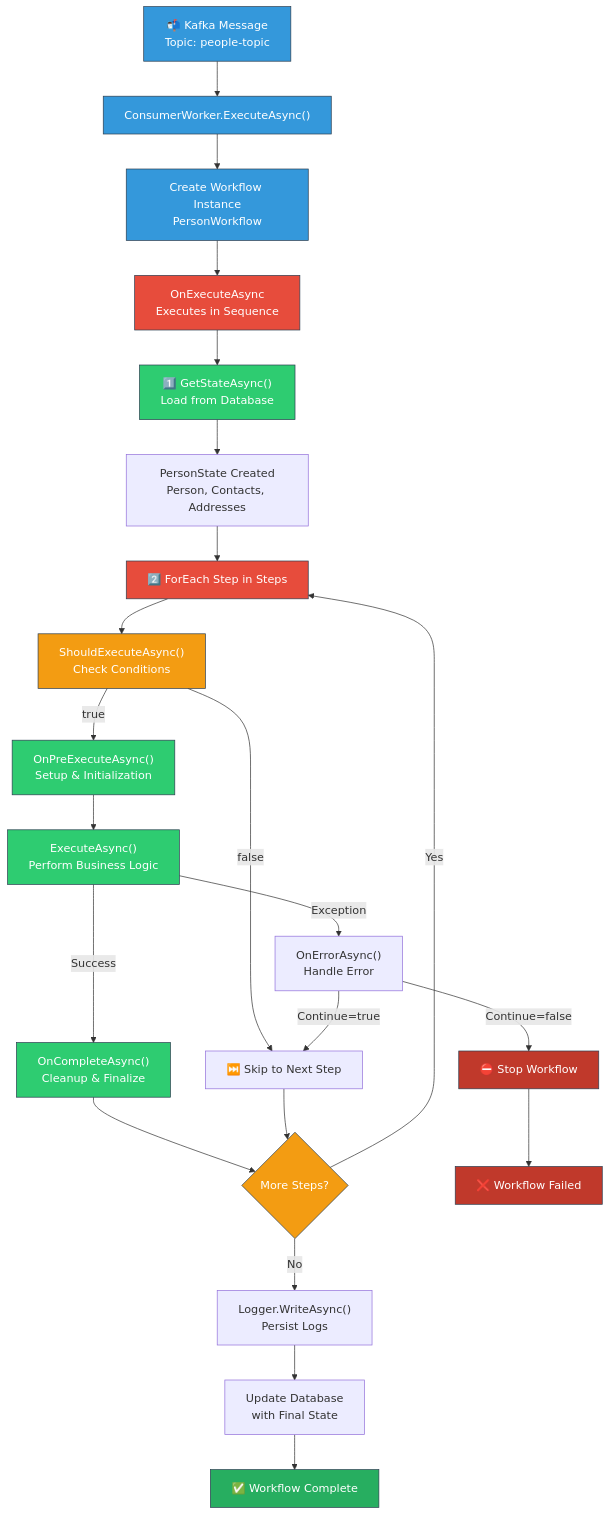
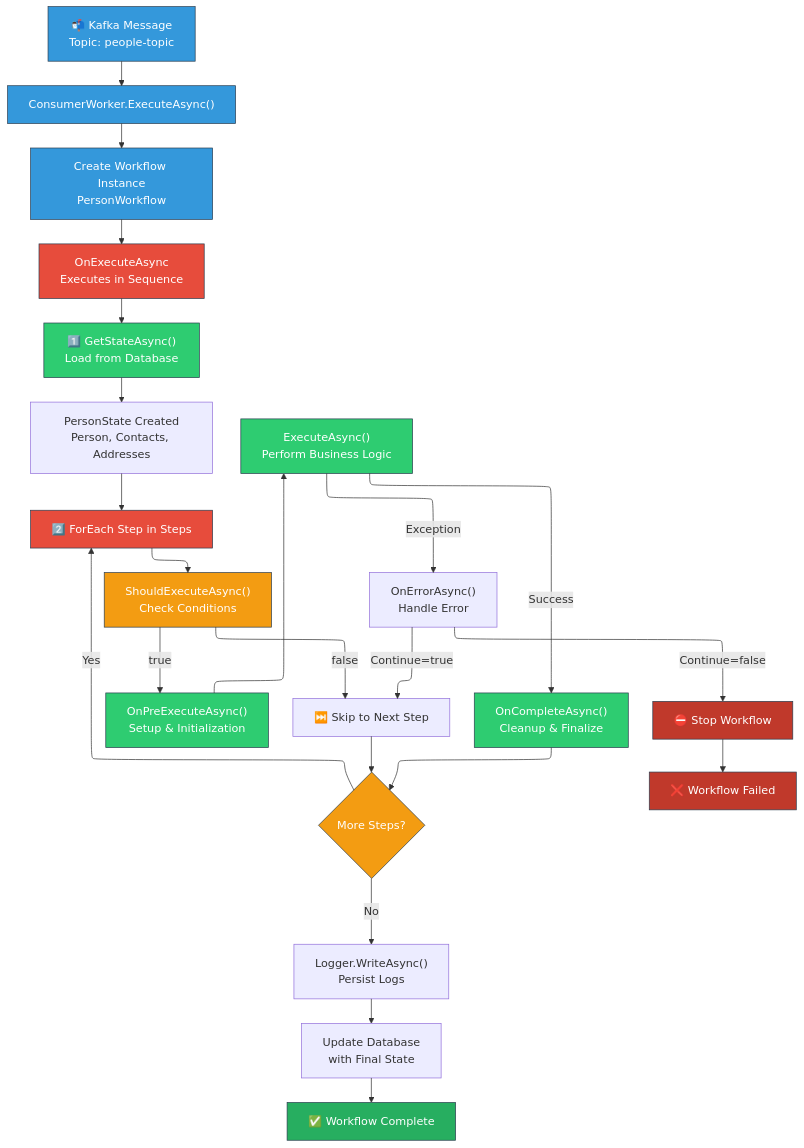
The fourth of 15 diagrams in ARCHITECTURE_DIAGRAMS.md (WholeBit-Solutions/distributed-workflow), drawn with Mermaid before and after one commit. The commit also changed other lines of this file, not shown here.

````diff
--- a/ARCHITECTURE_DIAGRAMS.md
+++ b/ARCHITECTURE_DIAGRAMS.md
@@ -237,55 +238,55 @@
 ```mermaid
-graph TD
+flowchart-elk TD
     Message["📬 Kafka Message<br/>Topic: people-topic"]
     
     Message --> ConsumerWorker["ConsumerWorker.ExecuteAsync()"]
     
     ConsumerWorker --> CreateWorkflow["Create Workflow Instance<br/>PersonWorkflow"]
     
     CreateWorkflow --> Execute["OnExecuteAsync<br/>Executes in Sequence"]
     
     Execute --> GetState["1️⃣ GetStateAsync()<br/>Load from Database"]
     
     GetState --> StateLoaded["PersonState Created<br/>Person, Contacts, Addresses"]
     
     StateLoaded --> ForEachStep["2️⃣ ForEach Step in Steps"]
     
     ForEachStep --> ShouldExecute["ShouldExecuteAsync()<br/>Check Conditions"]
     
     ShouldExecute --> |true| PreExecute["OnPreExecuteAsync()<br/>Setup & Initialization"]
     ShouldExecute --> |false| Skip["⏭️ Skip to Next Step"]
     
     PreExecute --> ExecuteStep["ExecuteAsync()<br/>Perform Business Logic"]
     
     ExecuteStep --> |Success| Complete["OnCompleteAsync()<br/>Cleanup & Finalize"]
     ExecuteStep --> |Exception| ErrorHandler["OnErrorAsync()<br/>Handle Error"]
     
     ErrorHandler --> |Continue=true| Skip
     ErrorHandler --> |Continue=false| Stop["⛔ Stop Workflow"]
     
     Complete --> NextStep{More Steps?}
     Skip --> NextStep
     
     NextStep --> |Yes| ForEachStep
     NextStep --> |No| WriteLog["Logger.WriteAsync()<br/>Persist Logs"]
     
     WriteLog --> UpdateDb["Update Database<br/>with Final State"]
     
     UpdateDb --> Complete2["✅ Workflow Complete"]
     
     Stop --> Error["❌ Workflow Failed"]
     
     classDef step1 fill:#3498db,stroke:#2c3e50,color:#fff
     classDef step2 fill:#e74c3c,stroke:#2c3e50,color:#fff
     classDef step3 fill:#2ecc71,stroke:#2c3e50,color:#fff
     classDef decision fill:#f39c12,stroke:#2c3e50,color:#fff
     classDef END fill:#27ae60,stroke:#2c3e50,color:#fff
     classDef error fill:#c0392b,stroke:#2c3e50,color:#fff
     
     class Message,ConsumerWorker,CreateWorkflow step1
     class Execute,ForEachStep step2
     class GetState,ShouldExecute,PreExecute,ExecuteStep,Complete step3
     class NextStep,ShouldExecute decision
     class Complete2 END
     class Error,Stop error
 ```
````
